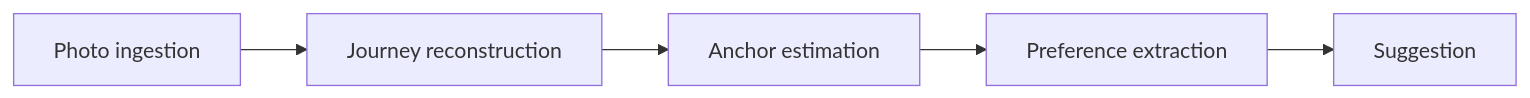
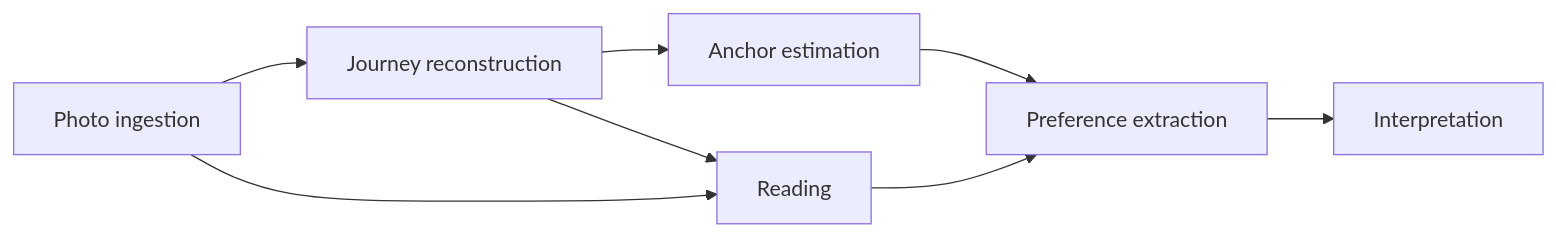
Before and after one commit to Nananananana/kiseki: the diagram in docs/context-map.md, drawn with Mermaid. The commit also changed other lines of this file and 5 other files, not shown here.

````diff
--- a/docs/context-map.md
+++ b/docs/context-map.md
@@ -6,7 +10,10 @@
 ```mermaid
 flowchart LR
     A[Photo ingestion] --> B[Journey reconstruction]
     B --> C[Anchor estimation]
+    B --> R[Reading]
+    A --> R
     C --> D[Preference extraction]
-    D --> E[Suggestion]
+    R --> D
+    D --> S[Interpretation]
 ```
````
